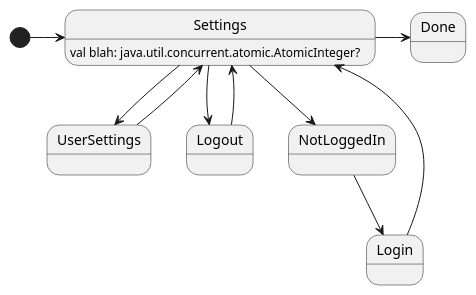
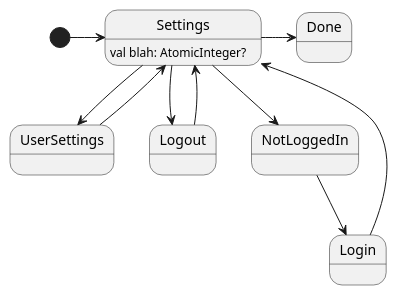
The diagram in src/main/kotlin/me/jameshunt/generate/SettingsBusiness.puml (huntj88/FlowGenerate), drawn with PlantUML before and after one commit. The commit also changed other lines of this file and 2 other files, not shown here.

```diff
--- a/src/main/kotlin/me/jameshunt/generate/SettingsBusiness.puml
+++ b/src/main/kotlin/me/jameshunt/generate/SettingsBusiness.puml
@@ -1,21 +3,21 @@
 @startuml
 
-Settings : val blah: java.util.concurrent.atomic.AtomicInteger?
+Settings : val blah: AtomicInteger?
 
 [*] -> Settings
 
 Settings --> UserSettings
 Settings --> Logout
 
 Settings --> NotLoggedIn
 UserSettings --> Settings
 
 Logout --> Settings
 
 NotLoggedIn --> Login
 
 Login --> Settings
 
 Settings -> Done
 
 @enduml
```
